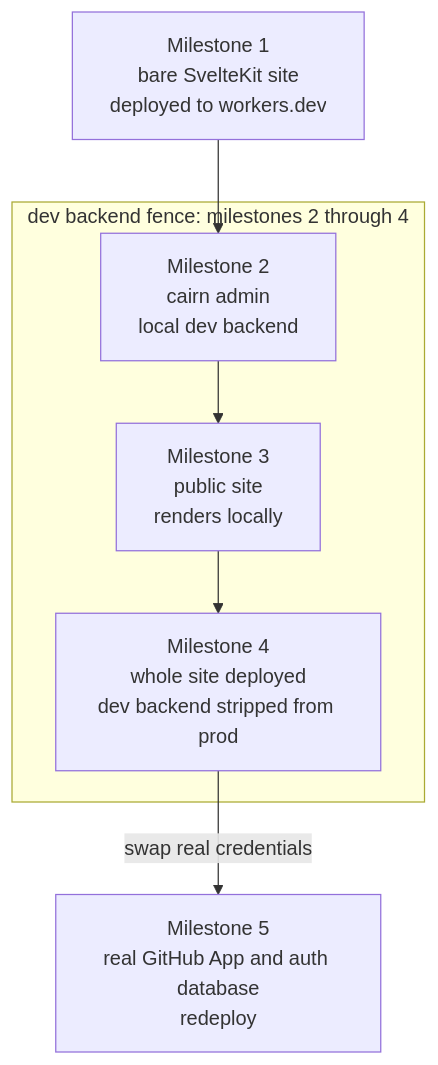
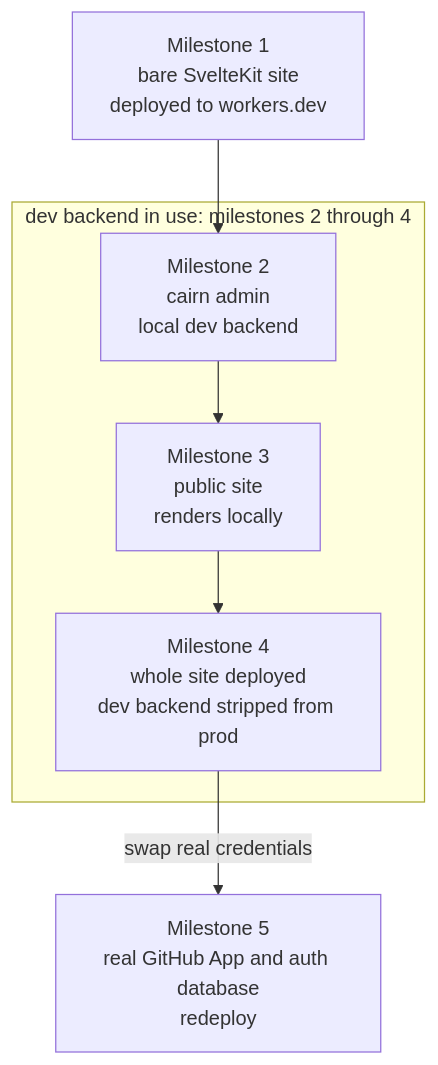
The diagram in docs/extend/build-a-site-by-hand.md (glw907/cairn-cms), drawn with Mermaid before and after one commit. The commit also changed other lines of this file and 11 other files, not shown here.

````diff
--- a/docs/extend/build-a-site-by-hand.md
+++ b/docs/extend/build-a-site-by-hand.md
@@ -8,19 +8,19 @@
 ```mermaid
 flowchart TD
-    accTitle: Diagram of the five build milestones, with the dev backend fence spanning milestones 2 through 4
-    accDescr: A linear flow from Milestone 1 through Milestone 5. Milestones 2, 3, and 4 sit inside a dev backend fence, each running the admin against an in-memory double instead of real credentials. Milestone 4 deploys the whole site while the fence still stands, so its deployed admin route falls back to the real guard with nothing behind it. Milestone 5 swaps in the real GitHub App and the auth database and redeploys.
+    accTitle: Diagram of the five build milestones, with the dev backend in use across milestones 2 through 4
+    accDescr: A linear flow from Milestone 1 through Milestone 5. Milestones 2, 3, and 4 sit inside a group marking the span where the admin runs against an in-memory dev backend, and the arrow from Milestone 4 to Milestone 5 is labelled swap real credentials.
 
     M1["Milestone 1<br/>bare SvelteKit site<br/>deployed to workers.dev"]
 
-    subgraph FENCE["dev backend fence: milestones 2 through 4"]
+    subgraph DEVSPAN["dev backend in use: milestones 2 through 4"]
         M2["Milestone 2<br/>cairn admin<br/>local dev backend"]
         M3["Milestone 3<br/>public site<br/>renders locally"]
         M4["Milestone 4<br/>whole site deployed<br/>dev backend stripped from prod"]
         M2 --> M3 --> M4
     end
 
     M5["Milestone 5<br/>real GitHub App and auth database<br/>redeploy"]:::focus
 
     M1 --> M2
     M4 -->|swap real credentials| M5
 ```
````
